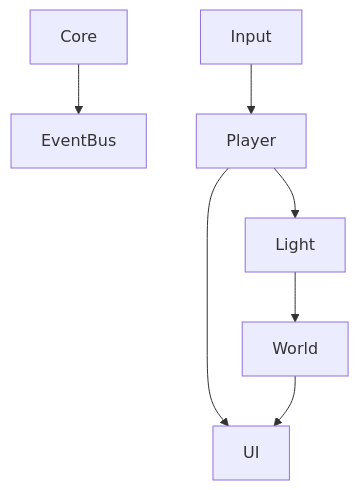
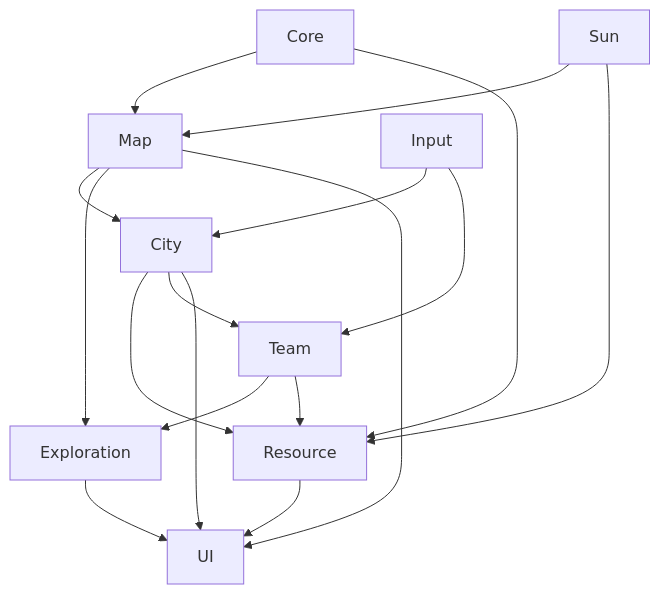
One commit to Estrella6066773/DriveToLight changed the diagram in Docs/03-程序设计/01-架构总览/模块划分.md. Above: the diagram before and after it, drawn with Mermaid. The commit also changed other lines of this file and 21 other files, not shown here.

````diff
--- a/Docs/03-程序设计/01-架构总览/模块划分.md
+++ b/Docs/03-程序设计/01-架构总览/模块划分.md
@@ -20,9 +29,19 @@
 ```mermaid
 flowchart TD
-    Core --> EventBus
-    Input --> Player
-    Player --> Light
-    Light --> World
-    Player --> UI
-    World --> UI
+    Core --> Map
+    Core --> Resource
+    Input --> City
+    Input --> Team
+    Map --> City
+    Map --> Exploration
+    City --> Resource
+    City --> Team
+    Team --> Exploration
+    Team --> Resource
+    Sun --> Map
+    Sun --> Resource
+    City --> UI
+    Map --> UI
+    Resource --> UI
+    Exploration --> UI
 ```
````
